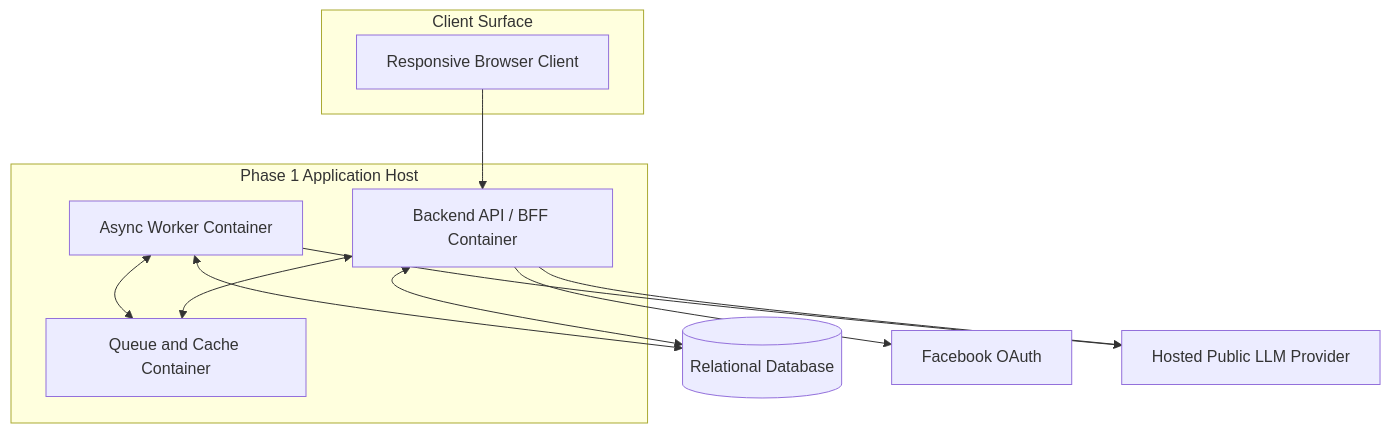
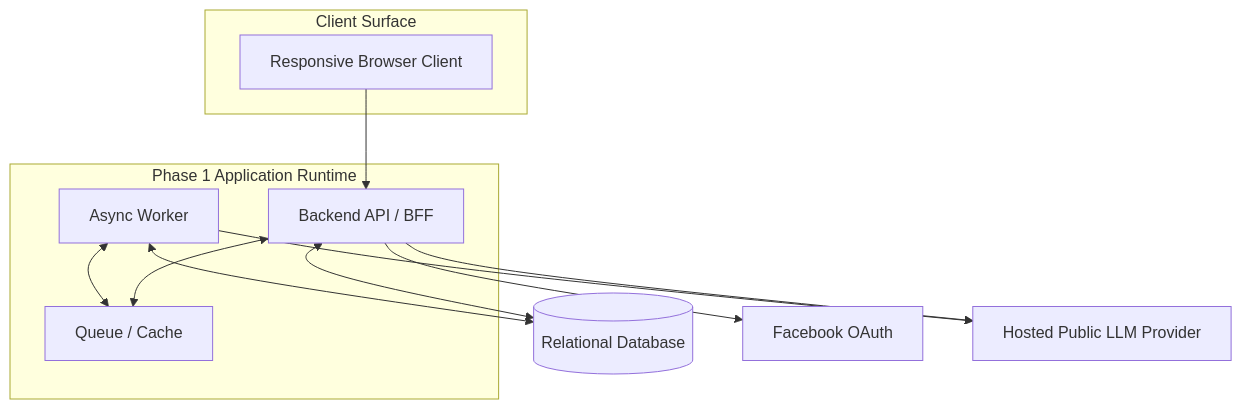
Before and after one commit to aa-aiera/renai_docs: the second of 4 diagrams in docs/02_architecture/renai-game-llm-mvp-component-diagrams.md, drawn with Mermaid. The commit also changed other lines of this file and 16 other files, not shown here.

````diff
--- a/docs/02_architecture/renai-game-llm-mvp-component-diagrams.md
+++ b/docs/02_architecture/renai-game-llm-mvp-component-diagrams.md
@@ -79,25 +67,25 @@
 ```mermaid
 flowchart TB
     subgraph ClientSurface[Client Surface]
         Browser[Responsive Browser Client]
     end
 
-    subgraph AppHost[Phase 1 Application Host]
-        API[Backend API / BFF Container]
-        Worker[Async Worker Container]
-        Cache[Queue and Cache Container]
+    subgraph AppHost[Phase 1 Application Runtime]
+        API[Backend API / BFF]
+        Worker[Async Worker]
+        Cache[Queue / Cache]
     end
 
     DB[(Relational Database)]
     Facebook[Facebook OAuth]
     HostedLLM[Hosted Public LLM Provider]
 
     Browser --> API
     API <--> Cache
     Worker <--> Cache
     API <--> DB
     Worker <--> DB
     API --> Facebook
     API --> HostedLLM
     Worker --> HostedLLM
 ```
````
